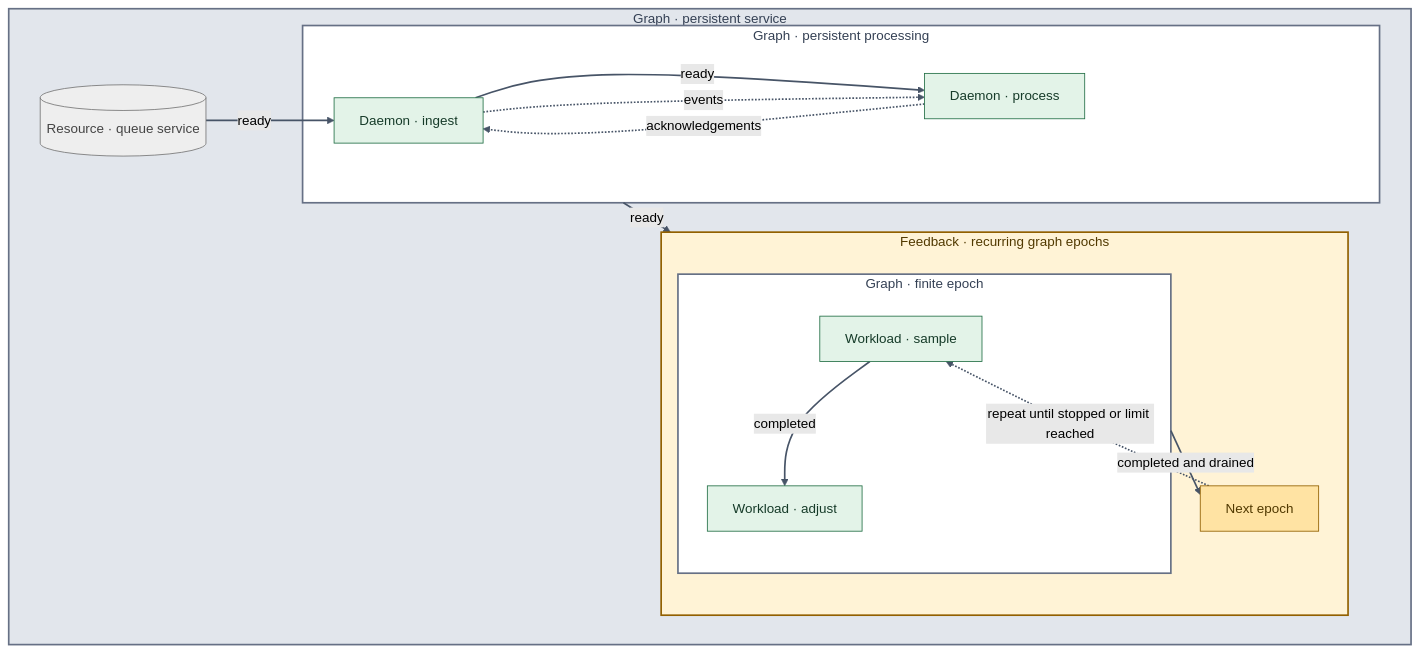
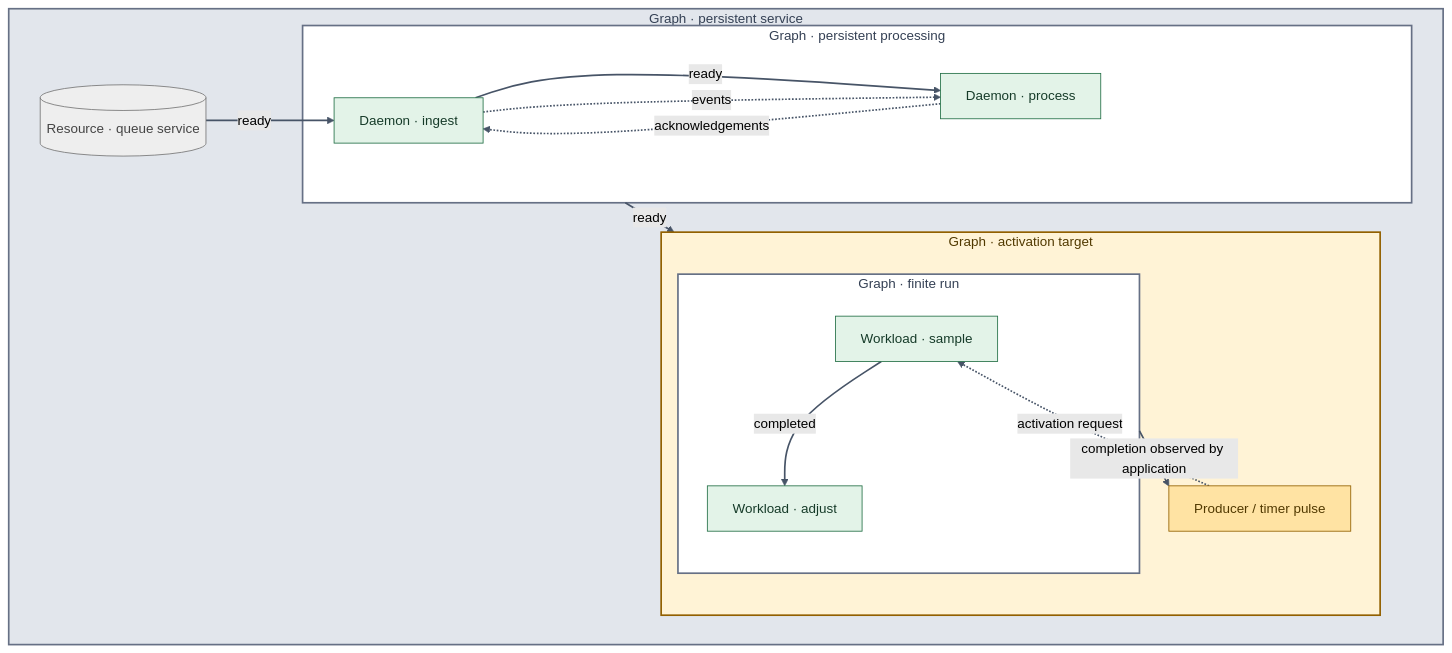
The seventh of 7 diagrams in README.md (astrivant/polyad), drawn with Mermaid (forest theme) before and after one commit. The commit also changed other lines of this file and 92 other files, not shown here.

````diff
--- a/README.md
+++ b/README.md
@@ -294,37 +292,37 @@
 ```mermaid
 flowchart LR
     subgraph system["Graph · persistent service"]
         direction LR
         queue[("Resource · queue service")]
         subgraph service["Graph · persistent processing"]
             ingest["Daemon · ingest"]
             process["Daemon · process"]
             ingest -->|ready| process
             ingest -.->|events| process
             process -.->|acknowledgements| ingest
         end
-        subgraph feedback["Feedback · recurring graph epochs"]
-            subgraph epoch["Graph · finite epoch"]
+        subgraph activations["Graph · activation target"]
+            subgraph run["Graph · finite run"]
                 sample["Workload · sample"]
                 adjust["Workload · adjust"]
                 sample -->|completed| adjust
             end
-            next["Next epoch"]
-            epoch -->|completed and drained| next
-            next -.->|repeat until stopped or limit reached| sample
+            next["Producer / timer pulse"]
+            run -->|completion observed by application| next
+            next -.->|activation request| sample
         end
         queue -->|ready| ingest
-        service -->|ready| feedback
+        service -->|ready| activations
     end
     classDef execution fill:#e3f3e8,stroke:#247047,color:#163b29
     classDef recurrence fill:#ffe3a3,stroke:#926000,color:#513900
     classDef resource fill:#eeeeee,stroke:#777777,color:#444444
     class ingest,process,sample,adjust execution
     class next recurrence
     class queue resource
     style system fill:#e2e6ec,stroke:#667085,stroke-width:2px,color:#344054
     style service fill:#ffffff,stroke:#667085,stroke-width:2px,color:#344054
-    style feedback fill:#fff3d6,stroke:#926000,stroke-width:2px,color:#513900
-    style epoch fill:#ffffff,stroke:#667085,stroke-width:2px,color:#344054
+    style activations fill:#fff3d6,stroke:#926000,stroke-width:2px,color:#513900
+    style run fill:#ffffff,stroke:#667085,stroke-width:2px,color:#344054
     linkStyle default stroke:#475467,stroke-width:2px
 ```
````
